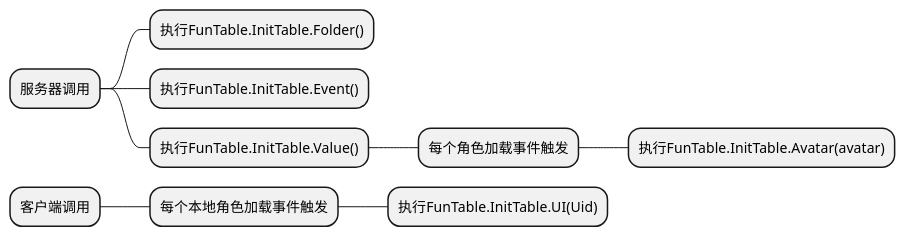
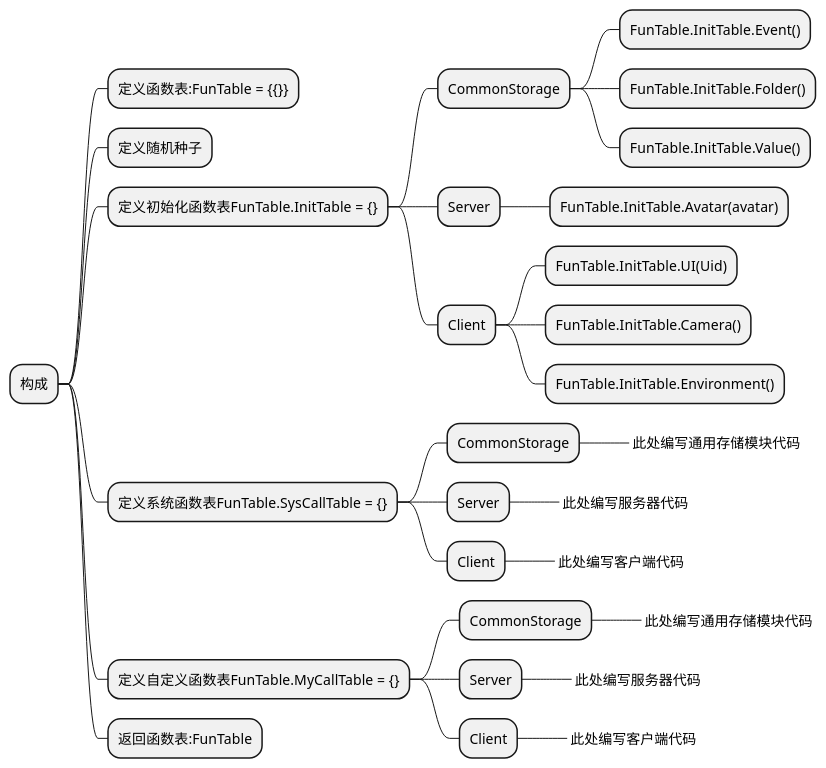
One commit to myrainbowcolor/Rworlder changed the diagram in docs/ReWorld编程模板目录/模板/编程框架/Fun_Table.md. Above: the diagram before and after it, drawn with PlantUML. The commit also changed 5 other files, not shown here.

````diff
--- a/docs/ReWorld编程模板目录/模板/编程框架/Fun_Table.md
+++ b/docs/ReWorld编程模板目录/模板/编程框架/Fun_Table.md
@@ -7,14 +7,37 @@
 ```plantuml
 @startmindmap
-* 服务器调用
-** 执行FunTable.InitTable.Folder()
-** 执行FunTable.InitTable.Event()
-** 执行FunTable.InitTable.Value()
-*** 每个角色加载事件触发
-**** 执行FunTable.InitTable.Avatar(avatar)
+* 构成
+** 定义函数表:FunTable = {{}}
+** 定义随机种子
 
-* 客户端调用
-** 每个本地角色加载事件触发
-*** 执行FunTable.InitTable.UI(Uid)
+** 定义初始化函数表FunTable.InitTable = {}
+*** CommonStorage
+**** FunTable.InitTable.Event()
+**** FunTable.InitTable.Folder()
+**** FunTable.InitTable.Value()
+*** Server
+**** FunTable.InitTable.Avatar(avatar)
+*** Client
+**** FunTable.InitTable.UI(Uid)
+**** FunTable.InitTable.Camera()
+**** FunTable.InitTable.Environment()
+
+** 定义系统函数表FunTable.SysCallTable = {}
+*** CommonStorage
+****_ 此处编写通用存储模块代码
+*** Server
+****_ 此处编写服务器代码
+*** Client
+****_ 此处编写客户端代码
+
+** 定义自定义函数表FunTable.MyCallTable = {}
+*** CommonStorage
+****_ 此处编写通用存储模块代码
+*** Server
+****_ 此处编写服务器代码
+*** Client
+****_ 此处编写客户端代码
+
+** 返回函数表:FunTable
 @endmindmap
 ```
````
